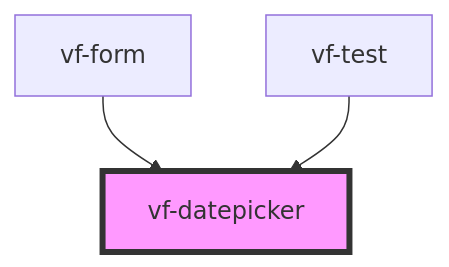
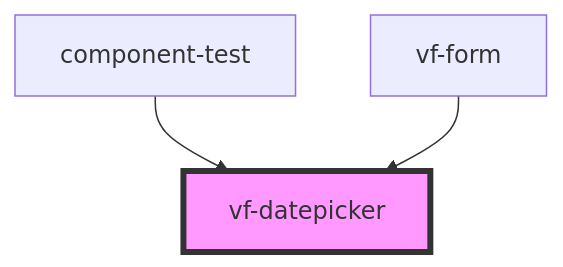
The diagram in src/components/datepicker/readme.md (ols87/formable), drawn with Mermaid before and after one commit. The commit also changed other lines of this file and 28 other files, not shown here.

````diff
--- a/src/components/datepicker/readme.md
+++ b/src/components/datepicker/readme.md
@@ -38,6 +38,6 @@
 ```mermaid
 graph TD;
+  component-test --> vf-datepicker
   vf-form --> vf-datepicker
-  vf-test --> vf-datepicker
   style vf-datepicker fill:#f9f,stroke:#333,stroke-width:4px
 ```
````
